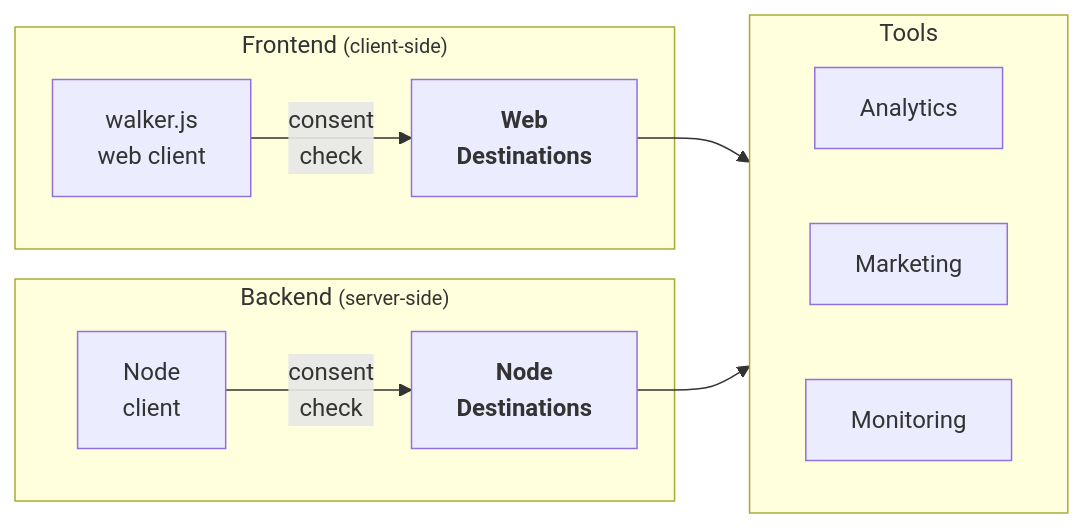
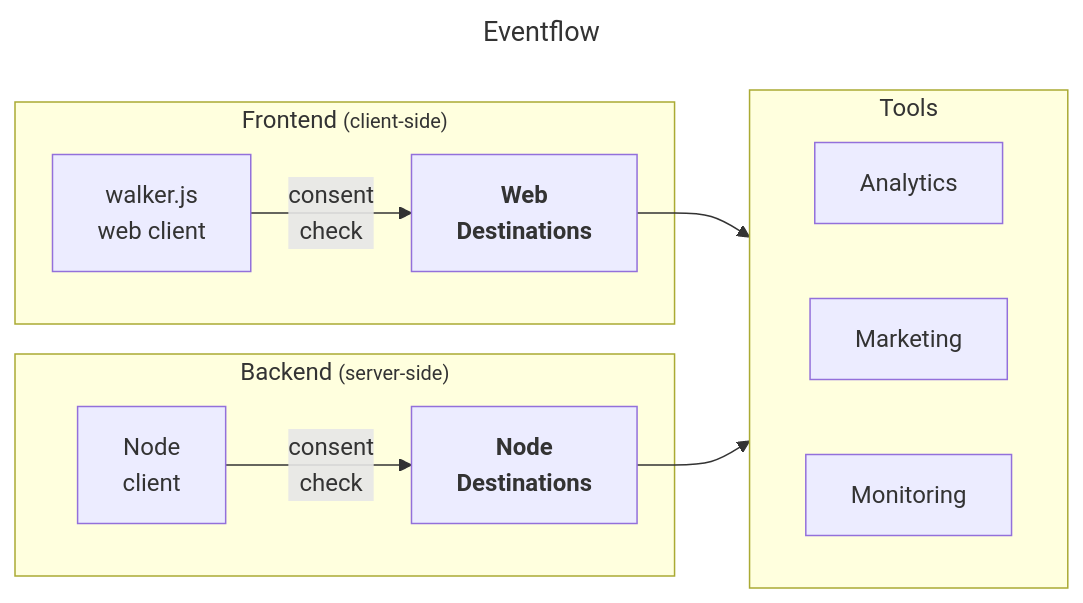
Before and after one commit to elbwalker/walkerOS: the diagram in website/docs/destinations/index.mdx, drawn with Mermaid. The commit also changed other lines of this file and 6 other files, not shown here.

````diff
--- a/website/docs/destinations/index.mdx
+++ b/website/docs/destinations/index.mdx
@@ -39,25 +39,28 @@
 ```mermaid
+---
+title: Eventflow
+---
 flowchart LR
   subgraph frontend["Frontend <small>(client-side)</small>"]
     webC["walker.js<br>web client"]
     webD["<b>Web<br>Destinations</b>"]
     webC -- consent<br>check --> webD
   end
   subgraph backend["Backend <small>(server-side)</small>"]
     nodeC["Node<br>client"]
     nodeD["<b>Node<br>Destinations</b>"]
     nodeC -- consent<br>check --> nodeD
   end
   subgraph tools["Tools"]
   direction LR
     analytics["Analytics"]
     marketing["Marketing"]
     monitoring["Monitoring"]
   end
 
   webD & nodeD --> tools
   click webC "/docs/clients/walkerjs"
   click nodeC "/docs/clients/node"
   click webD "/docs/destinations/web"
   click nodeD "/docs/destinations/node"
 ```
````
